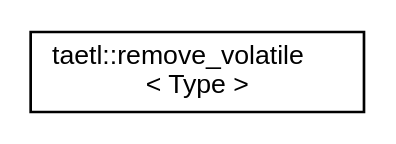
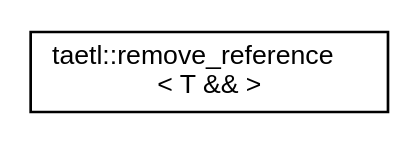
One commit to tobanteAudio/taetl changed the diagram in inherit_graph_21.dot. Above: the diagram before and after it, drawn with Graphviz. The commit also changed 142 other files, not shown here.

```diff
--- a/inherit_graph_21.dot
+++ b/inherit_graph_21.dot
@@ -1,7 +1,7 @@
 digraph "Graphical Class Hierarchy"
 {
   edge [fontname="Helvetica",fontsize="10",labelfontname="Helvetica",labelfontsize="10"];
   node [fontname="Helvetica",fontsize="10",shape=record];
   rankdir="LR";
-  Node0 [label="taetl::remove_volatile\l\< Type \>",height=0.2,width=0.4,color="black", fillcolor="white", style="filled",URL="$structtaetl_1_1remove__volatile.html"];
+  Node0 [label="taetl::remove_reference\l\< T && \>",height=0.2,width=0.4,color="black", fillcolor="white", style="filled",URL="$structtaetl_1_1remove__reference_3_01T_01_6_6_01_4.html"];
 }
```
